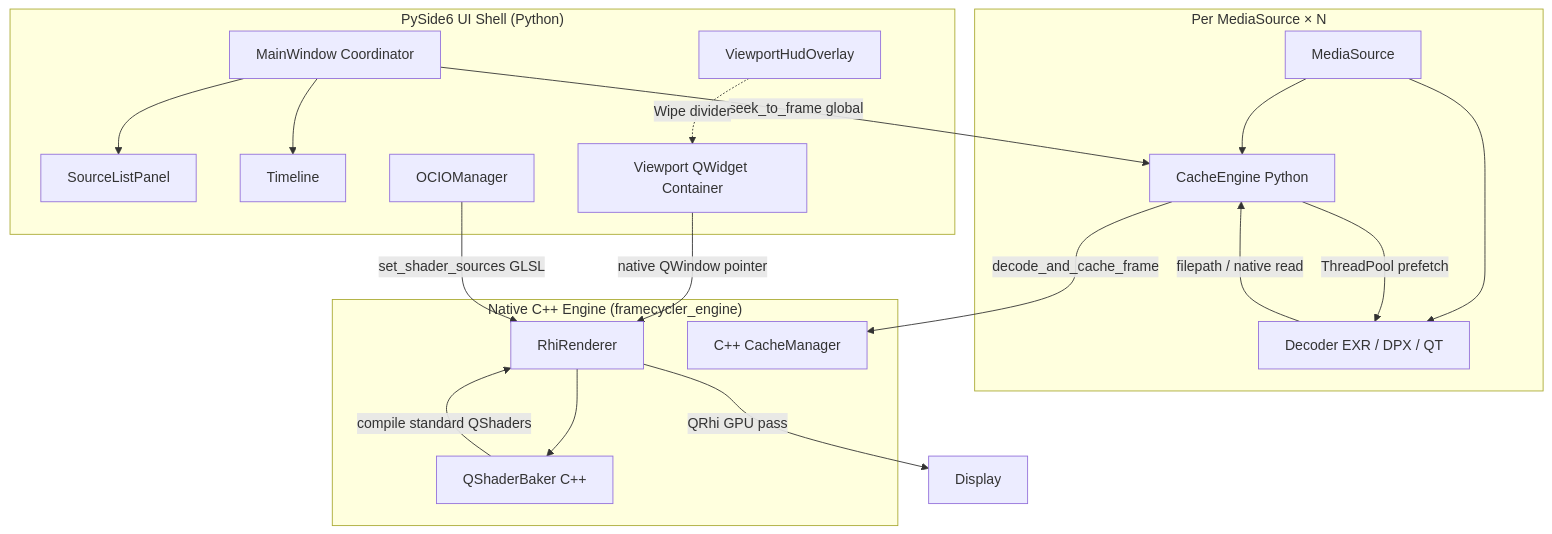
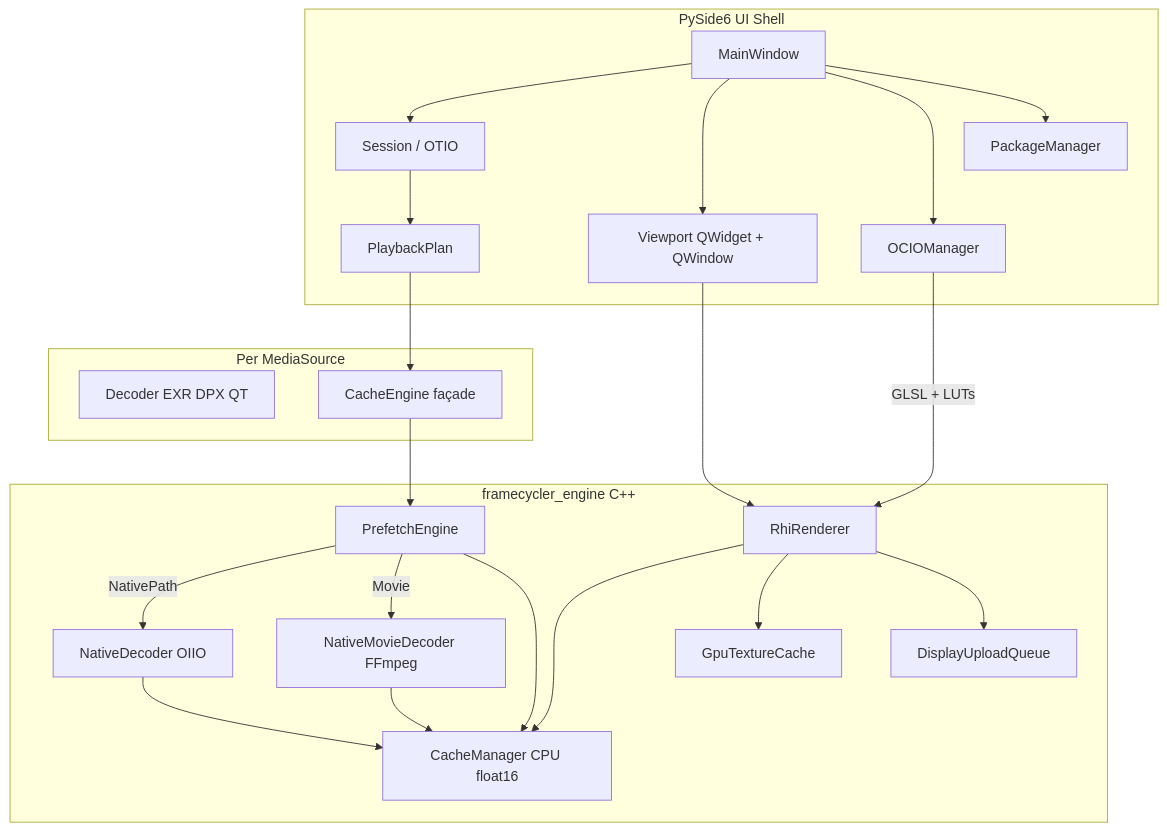
Before and after one commit to bernhardkimbacher/Framecycler: the first of 2 diagrams in README.md, drawn with Mermaid. The commit also changed other lines of this file, not shown here.

First line of the commit message:
Document current architecture and the packages plugin system.

````diff
--- a/README.md
+++ b/README.md
@@ -11,37 +11,44 @@
 ```mermaid
-graph TB
-    subgraph UI["PySide6 UI Shell (Python)"]
-        MW[MainWindow Coordinator]
-        SLP[SourceListPanel]
-        TL[Timeline]
-        VP[Viewport QWidget Container]
-        HUD[ViewportHudOverlay]
-        OCIO[OCIOManager]
-    end
+flowchart TB
+  subgraph UI["PySide6 UI Shell"]
+    MW[MainWindow]
+    Sess[Session / OTIO]
+    Plan[PlaybackPlan]
+    VP[Viewport QWidget + QWindow]
+    OCIO[OCIOManager]
+    Pkgs[PackageManager]
+  end
 
-    subgraph Sources["Per MediaSource × N"]
-        MS[MediaSource]
-        DEC[Decoder EXR / DPX / QT]
-        CE[CacheEngine Python]
-        MS --> DEC
-        MS --> CE
-        CE -->|ThreadPool prefetch| DEC
-    end
+  subgraph PerSource["Per MediaSource"]
+    DEC[Decoder EXR DPX QT]
+    CE[CacheEngine façade]
+  end
 
-    subgraph Render["Native C++ Engine (framecycler_engine)"]
-        RR[RhiRenderer]
-        QB[QShaderBaker C++]
-        CM[C++ CacheManager]
-        CE -->|decode_and_cache_frame| CM
-    end
+  subgraph Native["framecycler_engine C++"]
+    PE[PrefetchEngine]
+    CM[CacheManager CPU float16]
+    NMD[NativeMovieDecoder FFmpeg]
+    OIIO[NativeDecoder OIIO]
+    RR[RhiRenderer]
+    GTC[GpuTextureCache]
+    DUQ[DisplayUploadQueue]
+  end
 
-    MW --> SLP
-    MW --> TL
-    MW -->|seek_to_frame global| CE
-    DEC -->|filepath / native read| CE
-    VP -->|native QWindow pointer| RR
-    OCIO -->|set_shader_sources GLSL| RR
-    RR --> QB -->|compile standard QShaders| RR
-    HUD -.->|Wipe divider| VP
-    RR -->|QRhi GPU pass| Screen[Display]
+  MW --> Sess
+  Sess --> Plan
+  MW --> VP
+  MW --> OCIO
+  MW --> Pkgs
+  Plan --> CE
+  CE --> PE
+  PE -->|NativePath| OIIO
+  PE -->|Movie| NMD
+  OIIO --> CM
+  NMD --> CM
+  PE --> CM
+  VP --> RR
+  RR --> CM
+  RR --> GTC
+  RR --> DUQ
+  OCIO -->|GLSL + LUTs| RR
 ```
````
